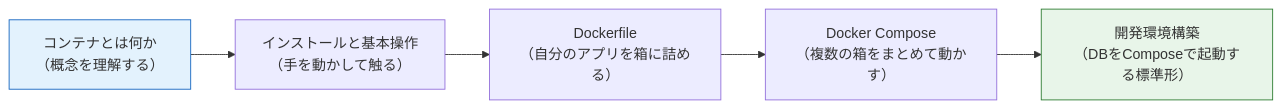
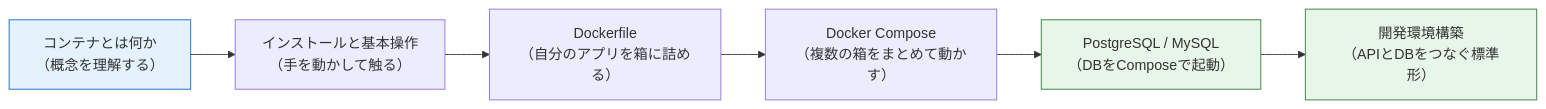
The diagram in cloudflare-site/src/content/docs/docker/index.md (dik-ab/school-curriculum-platform), drawn with Mermaid before and after one commit. The commit also changed other lines of this file, not shown here.

````diff
--- a/cloudflare-site/src/content/docs/docker/index.md
+++ b/cloudflare-site/src/content/docs/docker/index.md
@@ -38,9 +39,11 @@
 ```mermaid
 graph LR
     A["コンテナとは何か<br>（概念を理解する）"] --> B["インストールと基本操作<br>（手を動かして触る）"]
     B --> C["Dockerfile<br>（自分のアプリを箱に詰める）"]
     C --> D["Docker Compose<br>（複数の箱をまとめて動かす）"]
-    D --> E["開発環境構築<br>（DBをComposeで起動する標準形）"]
+    D --> E["PostgreSQL / MySQL<br>（DBをComposeで起動）"]
+    E --> F["開発環境構築<br>（APIとDBをつなぐ標準形）"]
     style A fill:#e3f2fd,stroke:#1565c0
     style E fill:#e8f5e9,stroke:#2e7d32
+    style F fill:#e8f5e9,stroke:#2e7d32
 ```
````
